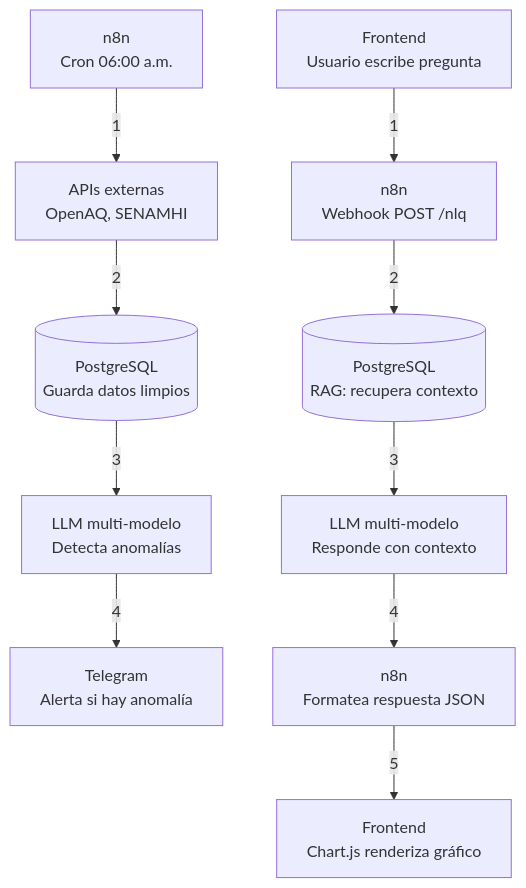
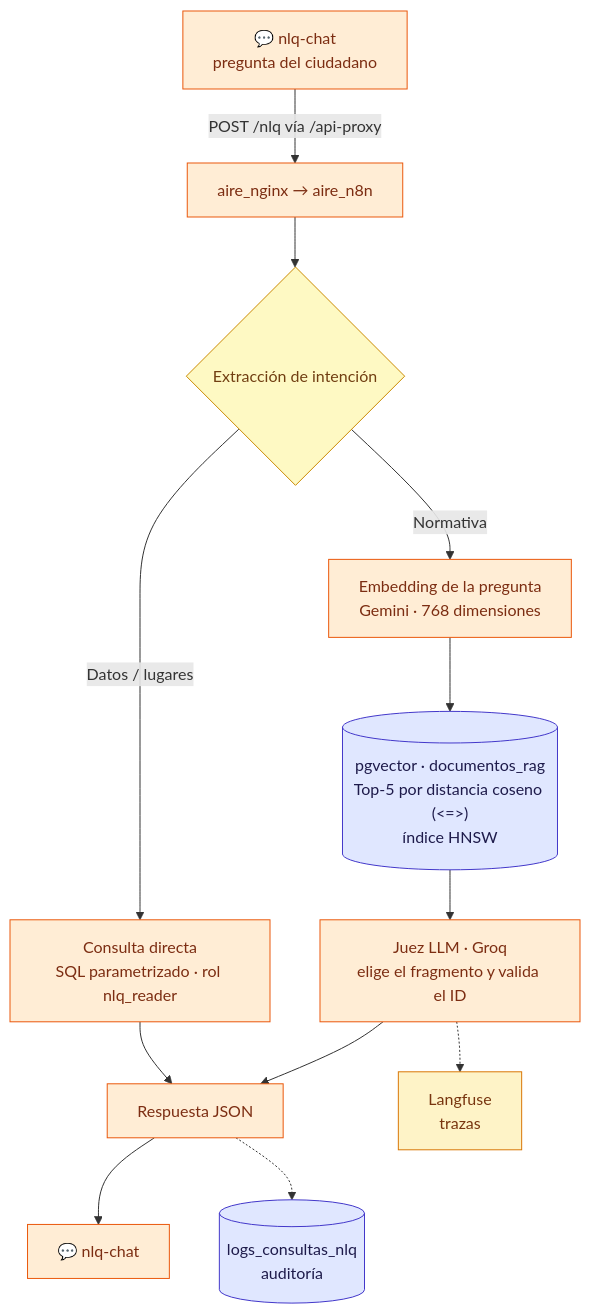
One commit to CarlosChDev/Grupo1_EcoPredict-NLQ changed the fourth of 6 diagrams in README.md. Above: the diagram before and after it, drawn with Mermaid. The commit also changed other lines of this file, not shown here.

````diff
--- a/README.md
+++ b/README.md
@@ -105,27 +242,23 @@
 ```mermaid
 flowchart TD
-    A1["n8n<br/>Cron 06:00 a.m."]
-    A2["APIs externas<br/>OpenAQ, SENAMHI"]
-    A3[("PostgreSQL<br/>Guarda datos limpios")]
-    A4["LLM multi-modelo<br/>Detecta anomalías"]
-    A5["Telegram<br/>Alerta si hay anomalía"]
+    B1["💬 nlq-chat<br/>pregunta del ciudadano"] -->|"POST /nlq vía /api-proxy"| B2["aire_nginx → aire_n8n"]
+    B2 --> B3{"Extracción de intención"}
+    B3 -->|"Datos / lugares"| B4["Consulta directa<br/>SQL parametrizado · rol nlq_reader"]
+    B3 -->|"Normativa"| B5["Embedding de la pregunta<br/>Gemini · 768 dimensiones"]
+    B5 --> B6[("pgvector · documentos_rag<br/>Top-5 por distancia coseno (<=>)<br/>índice HNSW")]
+    B6 --> B7["Juez LLM · Groq<br/>elige el fragmento y valida el ID"]
+    B4 --> B8["Respuesta JSON"]
+    B7 --> B8
+    B8 --> B9["💬 nlq-chat"]
+    B8 -.-> B10[("logs_consultas_nlq<br/>auditoría")]
+    B7 -.-> B11["Langfuse<br/>trazas"]
 
-    A1 -->|1| A2
-    A2 -->|2| A3
-    A3 -->|3| A4
-    A4 -->|4| A5
-
-
-    B1["Frontend<br/>Usuario escribe pregunta"]
-    B2["n8n<br/>Webhook POST /nlq"]
-    B3[("PostgreSQL<br/>RAG: recupera contexto")]
-    B4["LLM multi-modelo<br/>Responde con contexto"]
-    B5["n8n<br/>Formatea respuesta JSON"]
-    B6["Frontend<br/>Chart.js renderiza gráfico"]
-
-    B1 -->|1| B2
-    B2 -->|2| B3
-    B3 -->|3| B4
-    B4 -->|4| B5
-    B5 -->|5| B6
+    classDef step fill:#FFEDD5,stroke:#EA580C,color:#7C2D12
+    classDef data fill:#E0E7FF,stroke:#4338CA,color:#1E1B4B
+    classDef dec fill:#FEF9C3,stroke:#CA8A04,color:#713F12
+    classDef ext fill:#FEF3C7,stroke:#D97706,color:#78350F
+    class B1,B2,B4,B5,B7,B8,B9 step
+    class B6,B10 data
+    class B3 dec
+    class B11 ext
 ```
````
